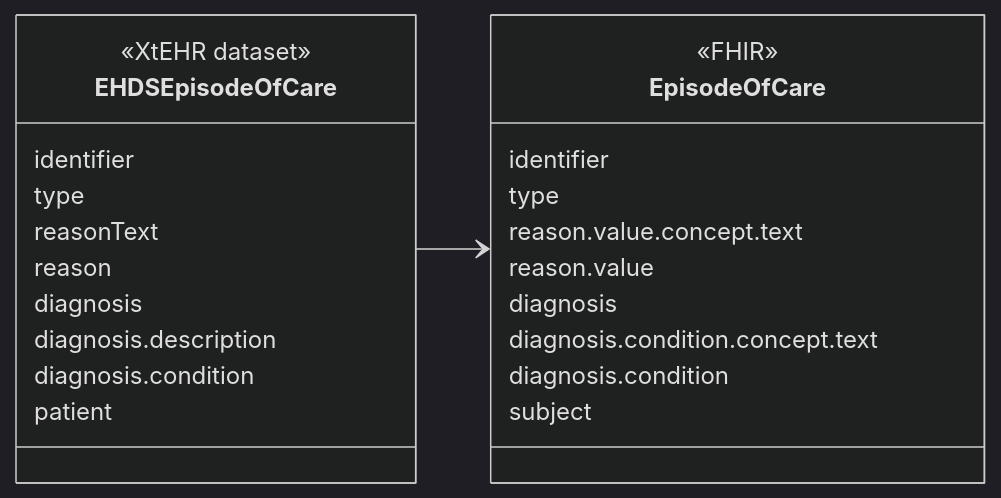
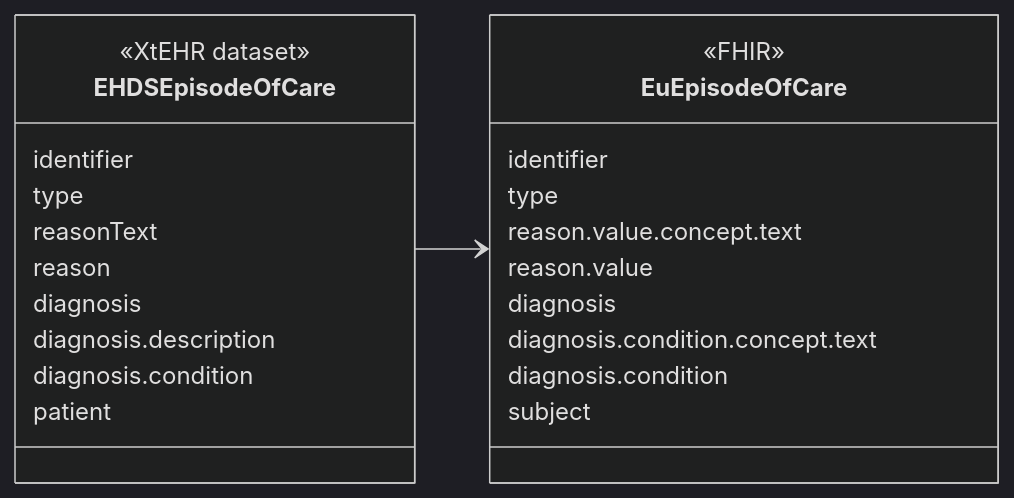
The diagram in input/intro-notes/ConceptMap-EHDSEpisodeOfCareMap-intro.md (oijauregui/ehdsimaging), drawn with Mermaid (dark theme) before and after one commit. The commit also changed 138 other files, not shown here.

````diff
--- a/input/intro-notes/ConceptMap-EHDSEpisodeOfCareMap-intro.md
+++ b/input/intro-notes/ConceptMap-EHDSEpisodeOfCareMap-intro.md
@@ -5,29 +5,29 @@
 ```mermaid
 classDiagram
 direction LR
 class EHDSEpisodeOfCare {
   <<XtEHR dataset>>
   identifier
   type
   reasonText
   reason
   diagnosis
   diagnosis.description
   diagnosis.condition
   patient
 }
 link EHDSEpisodeOfCare "https://build.fhir.org/ig/Xt-EHR/xt-ehr-common/StructureDefinition-EHDSEpisodeOfCare.html"
-class EpisodeOfCare{
+class EuEpisodeOfCare{
   <<FHIR>>
   identifier
   type
   reason.value.concept.text
   reason.value
   diagnosis
   diagnosis.condition.concept.text
   diagnosis.condition
   subject
 }
 
-EHDSEpisodeOfCare --> EpisodeOfCare
+EHDSEpisodeOfCare --> EuEpisodeOfCare
 ```
````
